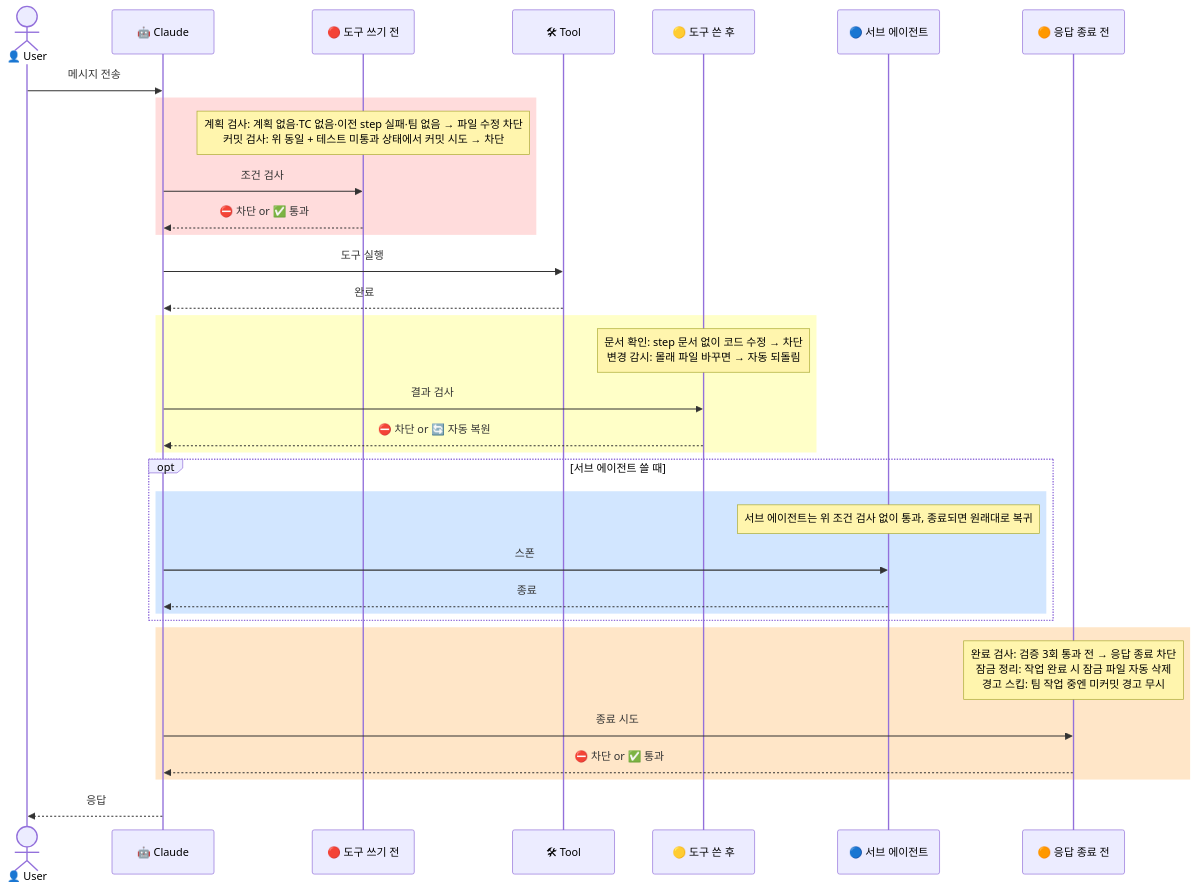
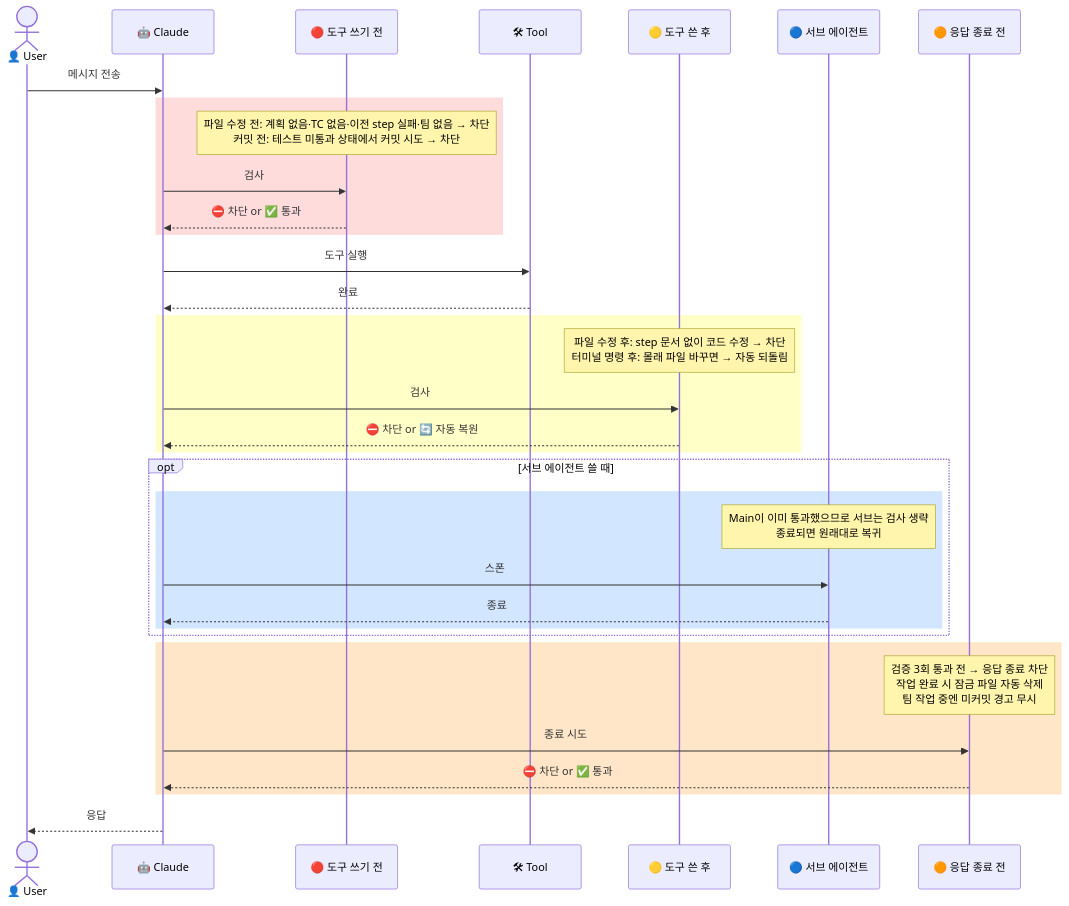
Before and after one commit to kangraemin/ai-bouncer: the diagram in docs/hooks-lifecycle.md, drawn with Mermaid.

Commit message:
docs: 서브 에이전트 면제 이유 추가, note 레이블 간결화

````diff
--- a/docs/hooks-lifecycle.md
+++ b/docs/hooks-lifecycle.md
@@ -25,43 +25,43 @@
 ```mermaid
 sequenceDiagram
     actor U as 👤 User
     participant C as 🤖 Claude
     participant PRE as 🔴 도구 쓰기 전
     participant T as 🛠 Tool
     participant POST as 🟡 도구 쓴 후
     participant SUB as 🔵 서브 에이전트
     participant STP as 🟠 응답 종료 전
 
     U->>C: 메시지 전송
 
     rect rgb(255, 220, 220)
-        note over PRE: 계획 검사: 계획 없음·TC 없음·이전 step 실패·팀 없음 → 파일 수정 차단<br/>커밋 검사: 위 동일 + 테스트 미통과 상태에서 커밋 시도 → 차단
-        C->>PRE: 조건 검사
+        note over PRE: 파일 수정 전: 계획 없음·TC 없음·이전 step 실패·팀 없음 → 차단<br/>커밋 전: 테스트 미통과 상태에서 커밋 시도 → 차단
+        C->>PRE: 검사
         PRE-->>C: ⛔ 차단 or ✅ 통과
     end
 
     C->>T: 도구 실행
     T-->>C: 완료
 
     rect rgb(255, 255, 200)
-        note over POST: 문서 확인: step 문서 없이 코드 수정 → 차단<br/>변경 감시: 몰래 파일 바꾸면 → 자동 되돌림
-        C->>POST: 결과 검사
+        note over POST: 파일 수정 후: step 문서 없이 코드 수정 → 차단<br/>터미널 명령 후: 몰래 파일 바꾸면 → 자동 되돌림
+        C->>POST: 검사
         POST-->>C: ⛔ 차단 or 🔄 자동 복원
     end
 
     opt 서브 에이전트 쓸 때
         rect rgb(210, 230, 255)
-            note over SUB: 서브 에이전트는 위 조건 검사 없이 통과, 종료되면 원래대로 복귀
+            note over SUB: Main이 이미 통과했으므로 서브는 검사 생략<br/>종료되면 원래대로 복귀
             C->>SUB: 스폰
             SUB-->>C: 종료
         end
     end
 
     rect rgb(255, 230, 200)
-        note over STP: 완료 검사: 검증 3회 통과 전 → 응답 종료 차단<br/>잠금 정리: 작업 완료 시 잠금 파일 자동 삭제<br/>경고 스킵: 팀 작업 중엔 미커밋 경고 무시
+        note over STP: 검증 3회 통과 전 → 응답 종료 차단<br/>작업 완료 시 잠금 파일 자동 삭제<br/>팀 작업 중엔 미커밋 경고 무시
         C->>STP: 종료 시도
         STP-->>C: ⛔ 차단 or ✅ 통과
     end
 
     C-->>U: 응답
 ```
````
